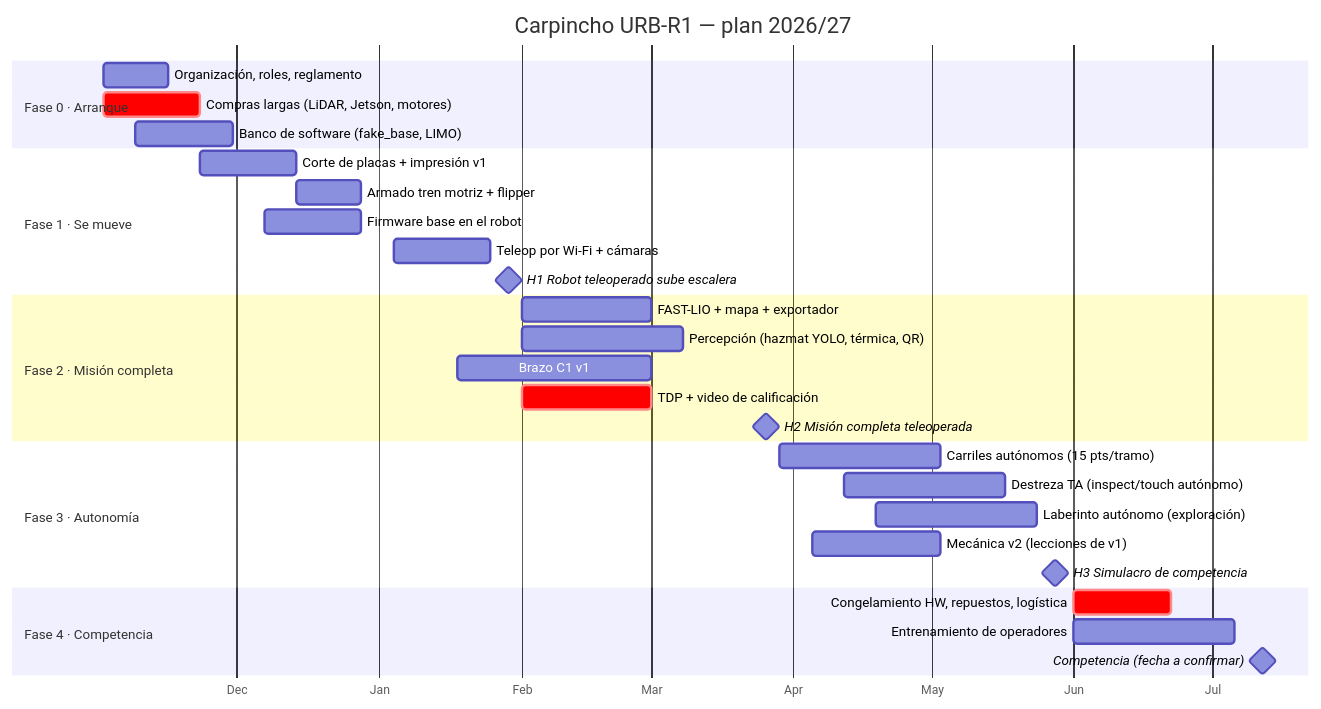
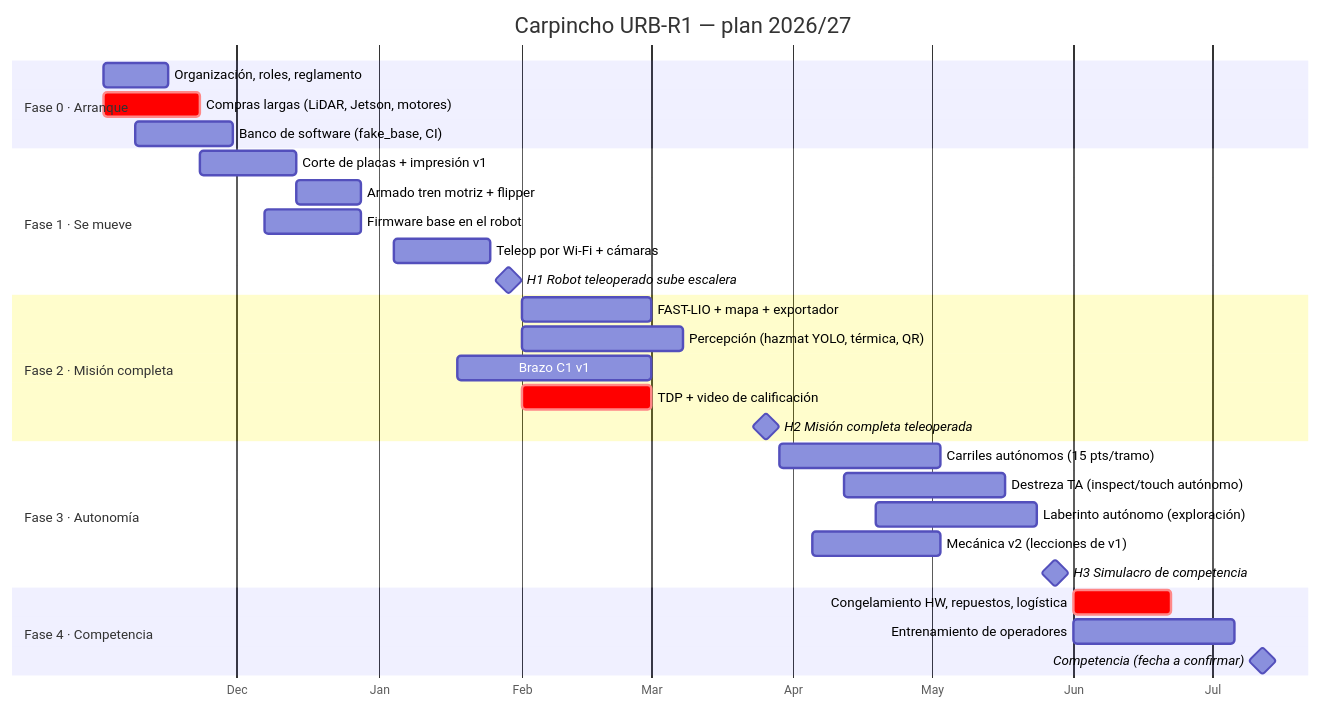
The diagram in docs/00-plan/plan-maestro.md (sr-sebastian/urubotsrescue), drawn with Mermaid before and after one commit. The commit also changed other lines of this file and 15 other files, not shown here.

````diff
--- a/docs/00-plan/plan-maestro.md
+++ b/docs/00-plan/plan-maestro.md
@@ -42,32 +45,32 @@
 ```mermaid
 gantt
     title Carpincho URB-R1 — plan 2026/27
     dateFormat  YYYY-MM-DD
     axisFormat  %b
     section Fase 0 · Arranque
     Organización, roles, reglamento         :f0a, 2026-11-02, 14d
     Compras largas (LiDAR, Jetson, motores)  :crit, f0b, 2026-11-02, 21d
-    Banco de software (fake_base, LIMO)     :f0c, 2026-11-09, 21d
+    Banco de software (fake_base, CI)       :f0c, 2026-11-09, 21d
     section Fase 1 · Se mueve
     Corte de placas + impresión v1          :f1a, 2026-11-23, 21d
     Armado tren motriz + flipper            :f1b, after f1a, 14d
     Firmware base en el robot               :f1c, 2026-12-07, 21d
     Teleop por Wi-Fi + cámaras              :f1d, 2027-01-04, 21d
     H1 Robot teleoperado sube escalera      :milestone, h1, 2027-01-29, 0d
     section Fase 2 · Misión completa
     FAST-LIO + mapa + exportador            :f2a, 2027-02-01, 28d
     Percepción (hazmat YOLO, térmica, QR)   :f2b, 2027-02-01, 35d
     Brazo C1 v1                             :f2c, 2027-01-18, 42d
     TDP + video de calificación             :crit, f2d, 2027-02-01, 28d
     H2 Misión completa teleoperada          :milestone, h2, 2027-03-26, 0d
     section Fase 3 · Autonomía
     Carriles autónomos (15 pts/tramo)       :f3a, 2027-03-29, 35d
     Destreza TA (inspect/touch autónomo)    :f3b, 2027-04-12, 35d
     Laberinto autónomo (exploración)        :f3c, 2027-04-19, 35d
     Mecánica v2 (lecciones de v1)           :f3d, 2027-04-05, 28d
     H3 Simulacro de competencia             :milestone, h3, 2027-05-28, 0d
     section Fase 4 · Competencia
     Congelamiento HW, repuestos, logística  :crit, f4a, 2027-06-01, 21d
     Entrenamiento de operadores             :f4b, 2027-06-01, 35d
     Competencia (fecha a confirmar)         :milestone, h4, 2027-07-12, 0d
 ```
````
